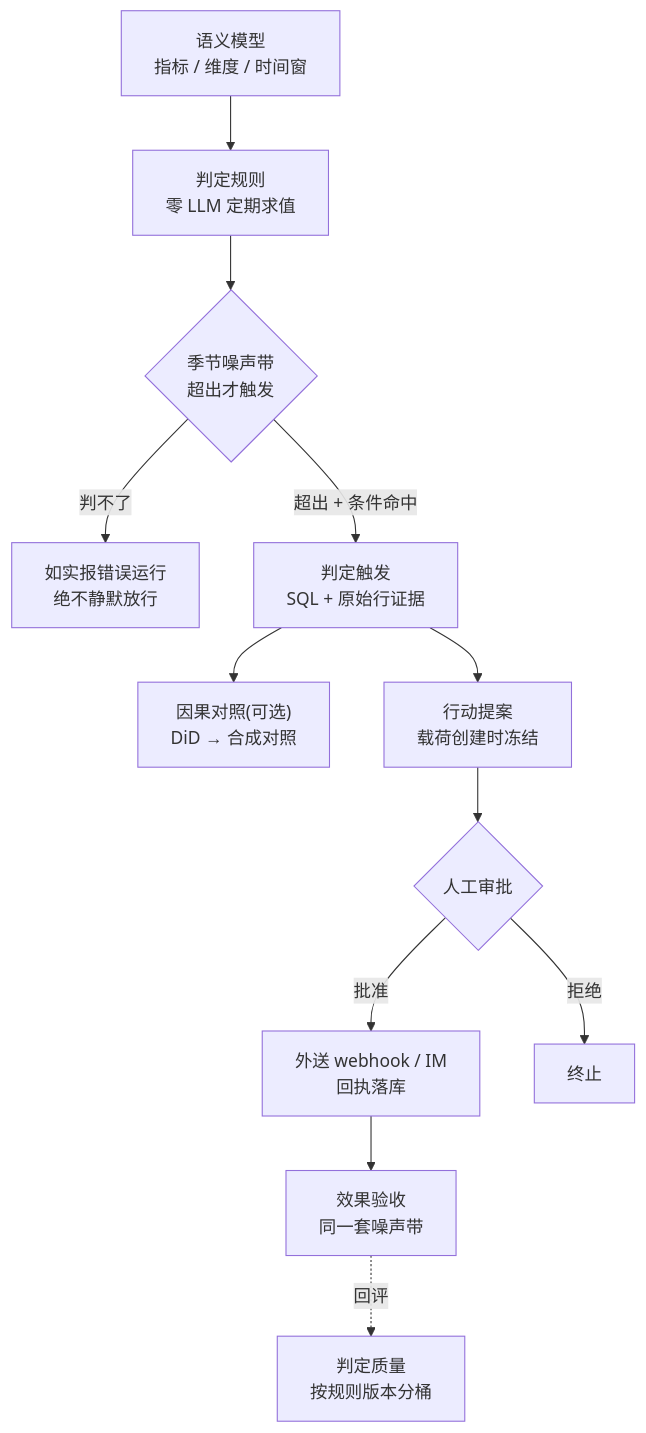
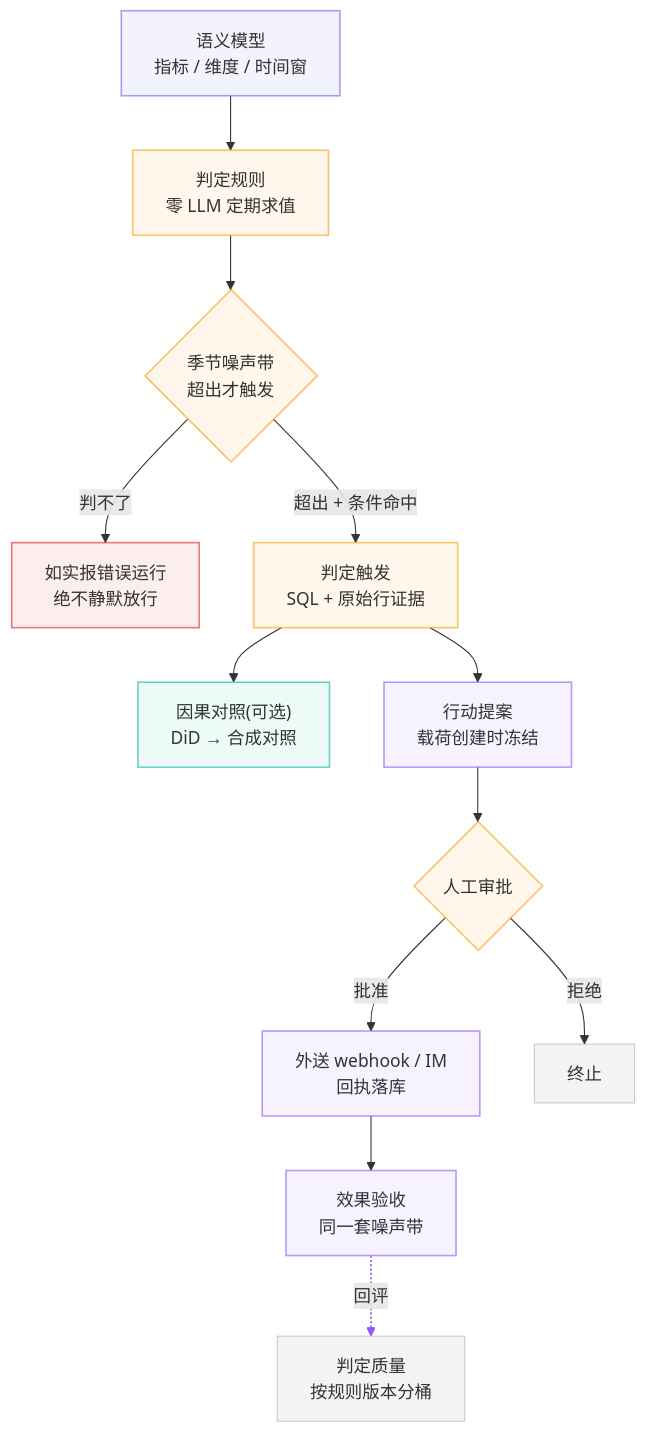
One commit to Nivane/trove changed the third of 4 diagrams in README.md. Above: the diagram before and after it, drawn with Mermaid. The commit also changed other lines of this file and 33 other files, not shown here.

First line of the commit message:
docs: 配色语言铺满其余 37 图 —— docs 32 页 + README 双语 4 块

````diff
--- a/README.md
+++ b/README.md
@@ -146,14 +146,22 @@
 ```mermaid
 flowchart TB
-    M["语义模型<br/>指标 / 维度 / 时间窗"] --> R["判定规则<br/>零 LLM 定期求值"]
-    R --> BAND{"季节噪声带<br/>超出才触发"}
-    BAND -->|"判不了"| ERR["如实报错误运行<br/>绝不静默放行"]
-    BAND -->|"超出 + 条件命中"| V["判定触发<br/>SQL + 原始行证据"]
-    V --> C["因果对照(可选)<br/>DiD → 合成对照"]
-    V --> P["行动提案<br/>载荷创建时冻结"]
-    P --> A{"人工审批"}
-    A -->|"批准"| D["外送 webhook / IM<br/>回执落库"]
-    A -->|"拒绝"| X["终止"]
-    D --> M2["效果验收<br/>同一套噪声带"]
-    M2 -.->|"回评"| Q["判定质量<br/>按规则版本分桶"]
+    %% 与站点同款的阶段配色:语义模型 indigo · 判定链 amber · 行动与闭环 violet · 对照分析 teal · 响亮失败 红
+    M["语义模型<br/>指标 / 维度 / 时间窗"]:::gen --> R["判定规则<br/>零 LLM 定期求值"]:::gate
+    R --> BAND{"季节噪声带<br/>超出才触发"}:::gate
+    BAND -->|"判不了"| ERR["如实报错误运行<br/>绝不静默放行"]:::err
+    BAND -->|"超出 + 条件命中"| V["判定触发<br/>SQL + 原始行证据"]:::gate
+    V --> C["因果对照(可选)<br/>DiD → 合成对照"]:::exec
+    V --> P["行动提案<br/>载荷创建时冻结"]:::act
+    P --> A{"人工审批"}:::gate
+    A -->|"批准"| D["外送 webhook / IM<br/>回执落库"]:::act
+    A -->|"拒绝"| X["终止"]:::entry
+    D --> M2["效果验收<br/>同一套噪声带"]:::act
+    M2 -.->|"回评"| Q["判定质量<br/>按规则版本分桶"]:::entry
+    classDef gen fill:#6366f114,stroke:#6366f199,stroke-width:1.5px;
+    classDef gate fill:#f59e0b14,stroke:#f59e0b99,stroke-width:1.5px;
+    classDef exec fill:#14b8a614,stroke:#14b8a699,stroke-width:1.5px;
+    classDef act fill:#8b5cf614,stroke:#8b5cf699,stroke-width:1.5px;
+    classDef err fill:#dc262614,stroke:#dc262699,stroke-width:1.5px;
+    classDef entry fill:#71717a14,stroke:#71717a59,stroke-width:1px;
+    linkStyle 10 stroke:#8b5cf6,stroke-width:1.5px
 ```
````
